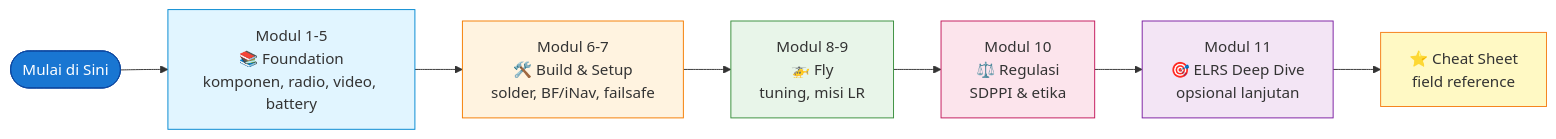
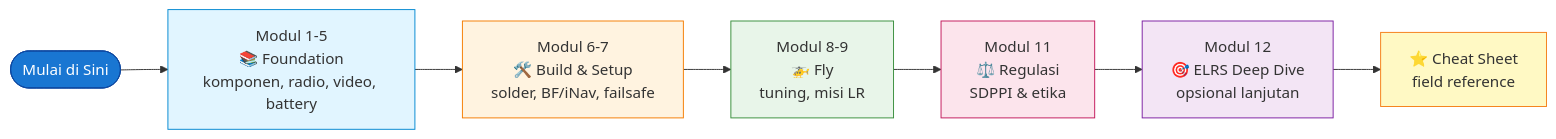
One commit to edhotp/Belajar-FPV-Long-Range changed the first of 3 diagrams in README.md. Above: the diagram before and after it, drawn with Mermaid. The commit also changed other lines of this file and 7 other files, not shown here.

````diff
--- a/README.md
+++ b/README.md
@@ -49,24 +49,24 @@
 ```mermaid
 flowchart LR
     Start([Mulai di Sini]) --> M1[Modul 1-5<br/>📚 Foundation<br/>komponen, radio, video, battery]
     M1 --> M2[Modul 6-7<br/>🛠️ Build & Setup<br/>solder, BF/iNav, failsafe]
     M2 --> M3[Modul 8-9<br/>🚁 Fly<br/>tuning, misi LR]
-    M3 --> M4[Modul 10<br/>⚖️ Regulasi<br/>SDPPI & etika]
-    M4 --> Bonus[Modul 11<br/>🎯 ELRS Deep Dive<br/>opsional lanjutan]
+    M3 --> M4[Modul 11<br/>⚖️ Regulasi<br/>SDPPI & etika]
+    M4 --> Bonus[Modul 12<br/>🎯 ELRS Deep Dive<br/>opsional lanjutan]
     Bonus --> CS[⭐ Cheat Sheet<br/>field reference]
 
     classDef start fill:#1976d2,color:#fff,stroke:#0d47a1
     classDef found fill:#e1f5ff,stroke:#0288d1
     classDef build fill:#fff3e0,stroke:#f57c00
     classDef fly fill:#e8f5e9,stroke:#388e3c
     classDef law fill:#fce4ec,stroke:#c2185b
     classDef deep fill:#f3e5f5,stroke:#7b1fa2
     classDef cheat fill:#fff9c4,stroke:#f57f17
     class Start start
     class M1 found
     class M2 build
     class M3 fly
     class M4 law
     class Bonus deep
     class CS cheat
 ```
````
